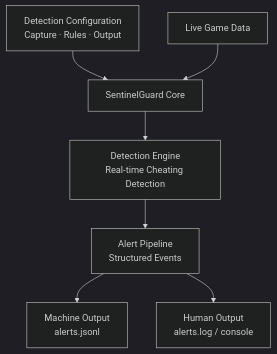
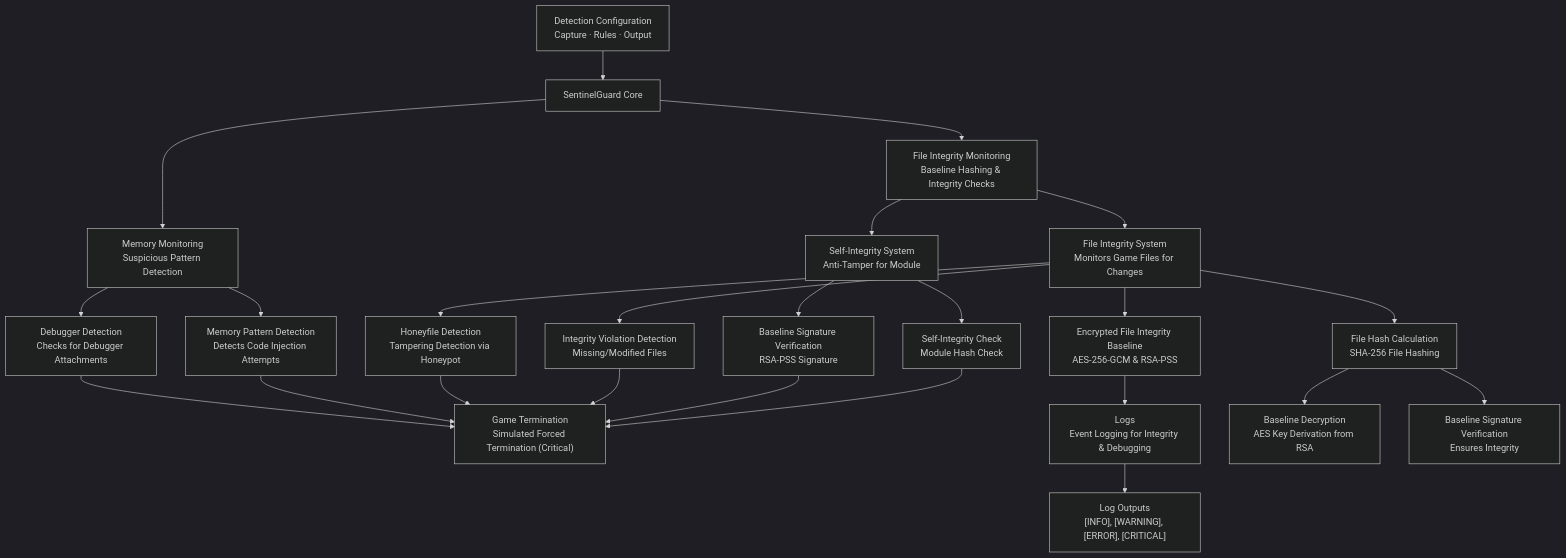
One commit to VenalityXT/Anti-Cheat-Project changed the diagram in README.md. Above: the diagram before and after it, drawn with Mermaid (dark theme).

````diff
--- a/README.md
+++ b/README.md
@@ -30,12 +30,33 @@
 ```mermaid
 flowchart TB
     A["Detection Configuration<br/>Capture · Rules · Output"] --> B["SentinelGuard Core"]
 
-    B --> C["Detection Engine<br/>Real-time Cheating Detection"]
-    C --> D["Alert Pipeline<br/>Structured Events"]
+    B --> C["File Integrity Monitoring<br/>Baseline Hashing & Integrity Checks"]
+    B --> D["Memory Monitoring<br/>Suspicious Pattern Detection"]
+    C --> E["Self-Integrity System<br/>Anti-Tamper for Module"]
+    C --> F["File Integrity System<br/>Monitors Game Files for Changes"]
+    D --> G["Debugger Detection<br/>Checks for Debugger Attachments"]
+    D --> H["Memory Pattern Detection<br/>Detects Code Injection Attempts"]
 
-    D --> E1["Machine Output<br/>alerts.jsonl"]
-    D --> E2["Human Output<br/>alerts.log / console"]
+    F --> I1["Honeyfile Detection<br/>Tampering Detection via Honeypot"]
+    F --> I2["Integrity Violation Detection<br/>Missing/Modified Files"]
+    E --> J1["Baseline Signature Verification<br/>RSA-PSS Signature"]
+    E --> J2["Self-Integrity Check<br/>Module Hash Check"]
 
-    F["Live Game Data"] --> B
+    G --> K["Game Termination<br/>Simulated Forced Termination (Critical)"]
+    H --> K
+    I1 --> K
+    I2 --> K
+    J1 --> K
+    J2 --> K
+
+    F --> L["Encrypted File Integrity Baseline<br/>AES-256-GCM & RSA-PSS"]
+    L --> M["Logs<br/>Event Logging for Integrity & Debugging"]
+
+    M --> N["Log Outputs<br/>[INFO], [WARNING], [ERROR], [CRITICAL]"]
+
+    F --> O["File Hash Calculation<br/>SHA-256 File Hashing"]
+    O --> P["Baseline Decryption<br/>AES Key Derivation from RSA"]
+    O --> Q["Baseline Signature Verification<br/>Ensures Integrity"]
+
 ```
````
